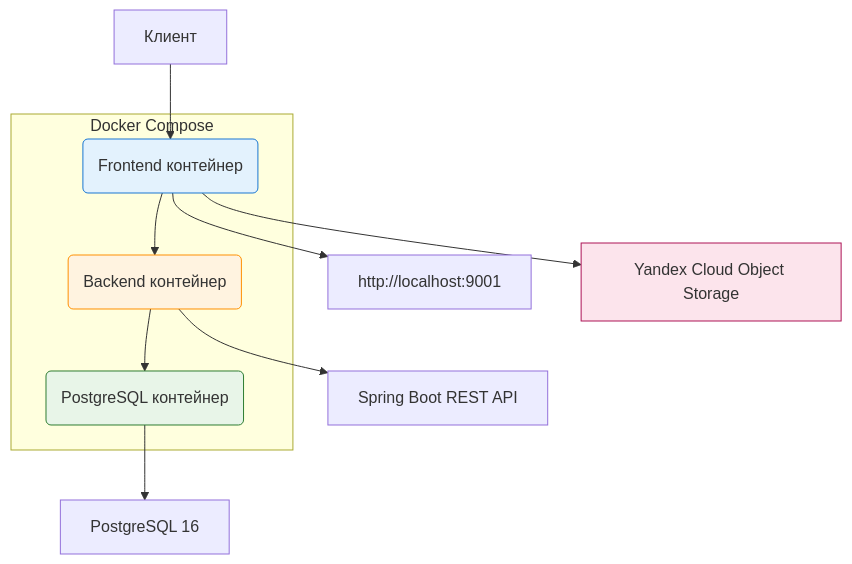
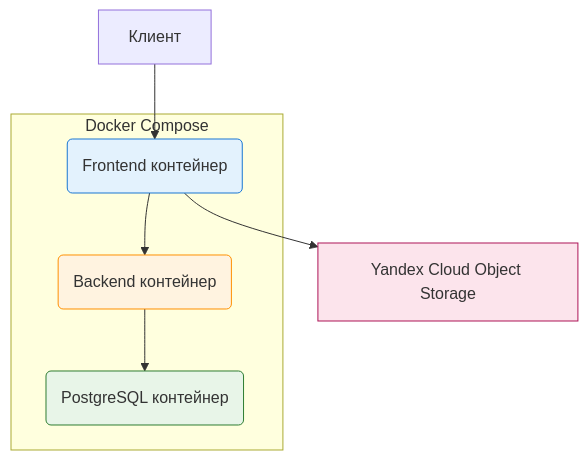
Before and after one commit to Komissarich/Changellenge_hackaton_2025: the diagram in README.md, drawn with Mermaid.

Commit message:
added readmev3

````diff
--- a/README.md
+++ b/README.md
@@ -8,19 +8,16 @@
 ```mermaid
 graph TD
     A[Клиент] --> B(Frontend контейнер)
-    B --> C[http://localhost:9001]
     B --> D(Backend контейнер)
-    D --> E[Spring Boot REST API]
     D --> F(PostgreSQL контейнер)
-    F --> G[PostgreSQL 16]
     B -->H[Yandex Cloud Object Storage]
 
     subgraph Docker Compose
         B & D & F
     end
 
     style B fill:#E3F2FD,stroke:#1976D2
     style D fill:#FFF3E0,stroke:#FF8F00
     style F fill:#E8F5E8,stroke:#2E7D32
     style H fill:#FCE4EC,stroke:#AD1457
 ```
````
